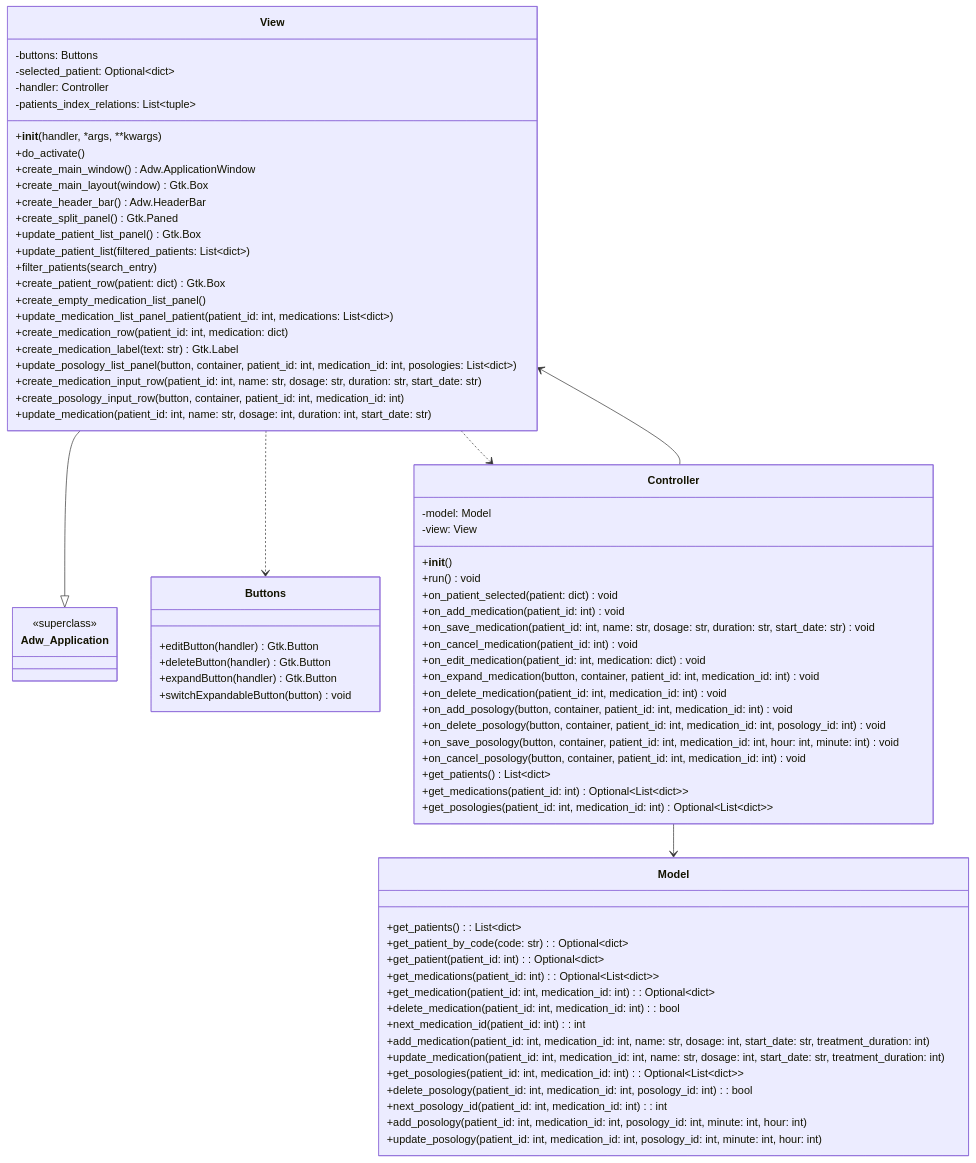
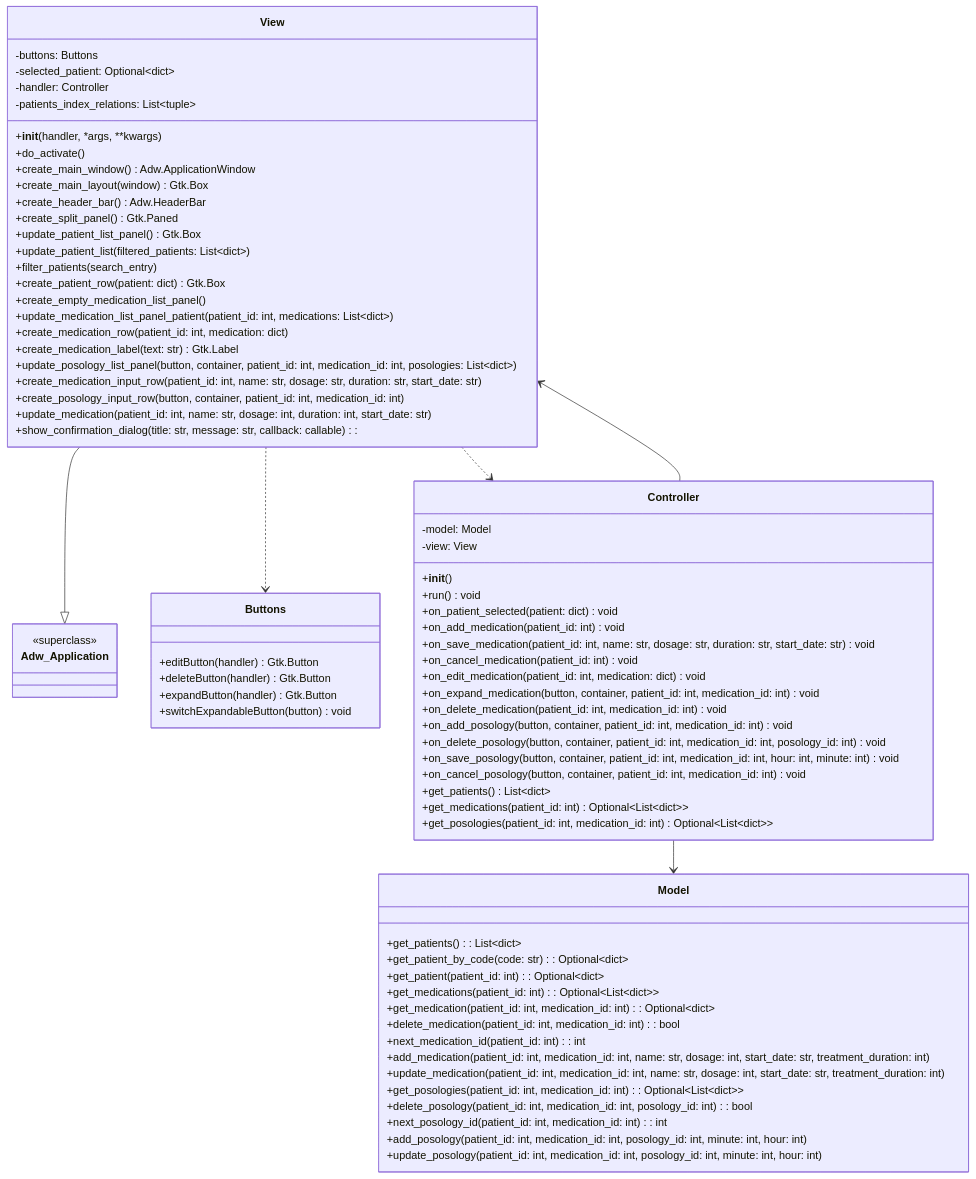
One commit to daniqss/terceiro changed the first of 2 diagrams in diseño_sw.md. Above: the diagram before and after it, drawn with Mermaid. The commit also changed other lines of this file, not shown here.

```diff
--- a/diseño_sw.md
+++ b/diseño_sw.md
@@ -43,6 +43,7 @@
         +create_medication_input_row(patient_id: int, name: str, dosage: str, duration: str, start_date: str)
         +create_posology_input_row(button, container, patient_id: int, medication_id: int)
         +update_medication(patient_id: int, name: str, dosage: int, duration: int, start_date: str)
+        +show_confirmation_dialog(title: str, message: str, callback: callable):
     }
 
     class Adw_Application {
```
